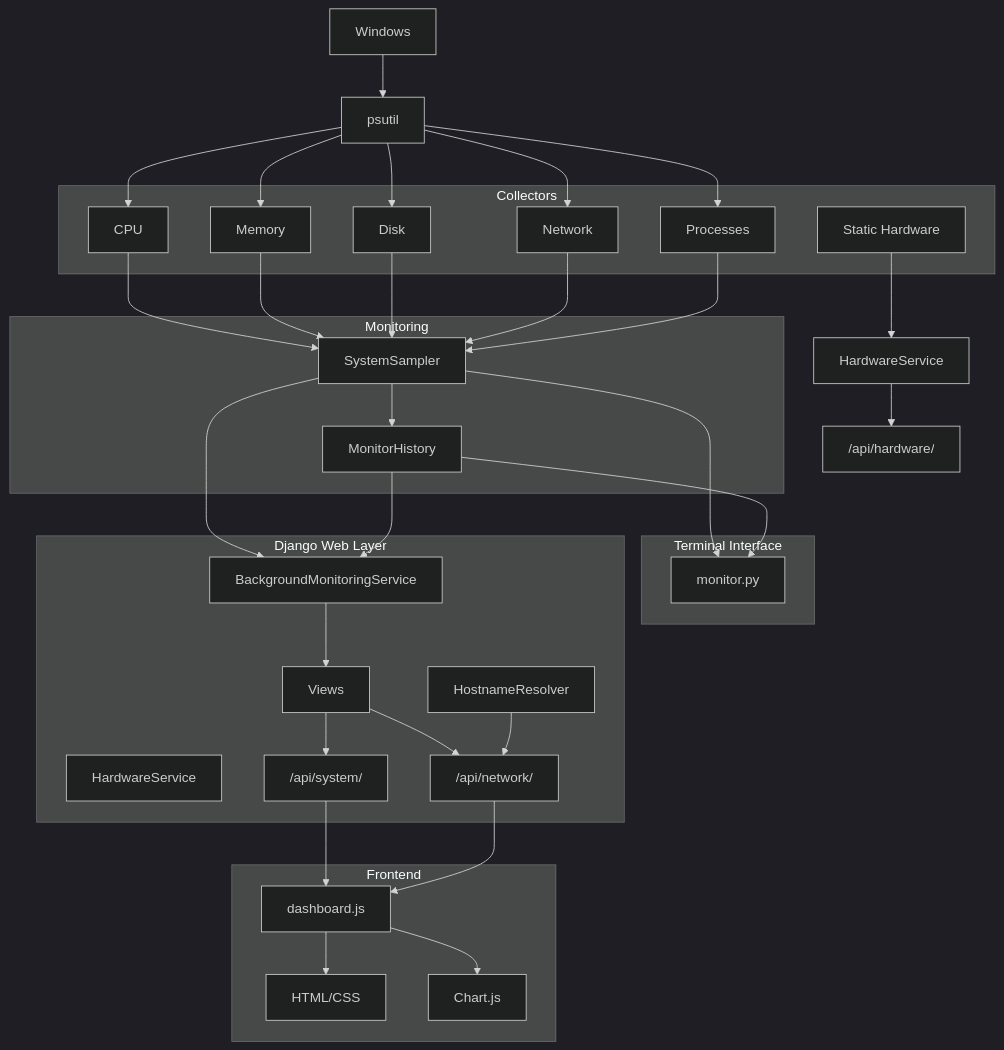
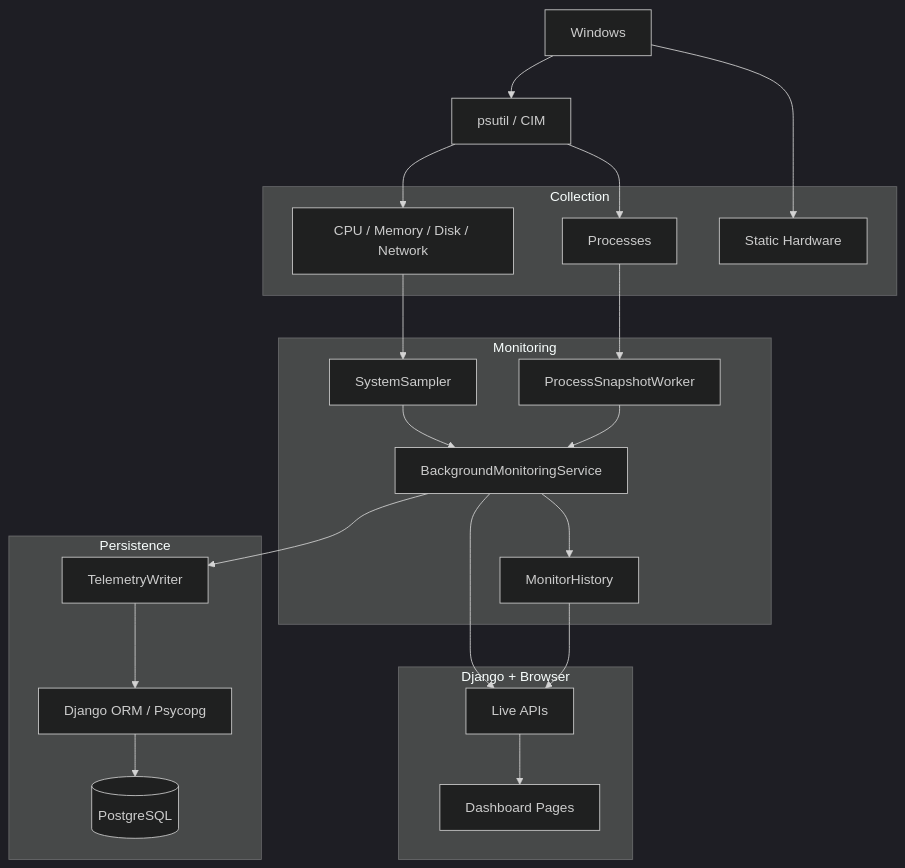
Before and after one commit to IronRon/Sys-Monitor: diagram 35 of 36 in docs/architecture.md, drawn with Mermaid (dark theme). The commit also changed other lines of this file and 21 other files, not shown here.

First line of the commit message:
feat: Refactor process monitoring and telemetry integration

````diff
--- a/docs/architecture.md
+++ b/docs/architecture.md
@@ -1879,74 +1979,48 @@
 ```mermaid
 flowchart TD
     WIN["Windows"]
+    PS["psutil / CIM"]
 
-    PS["psutil"]
-
-    subgraph Collectors["Collectors"]
-        CPU["CPU"]
-        RAM["Memory"]
-        DISK["Disk"]
-        NET["Network"]
+    subgraph Collection["Collection"]
+        FASTCOL["CPU / Memory / Disk / Network"]
         PROC["Processes"]
         HW["Static Hardware"]
     end
 
     subgraph Monitoring["Monitoring"]
         SAMPLER["SystemSampler"]
+        PWORKER["ProcessSnapshotWorker"]
+        SERVICE["BackgroundMonitoringService"]
         HISTORY["MonitorHistory"]
     end
 
-    subgraph Terminal["Terminal Interface"]
-        MONITOR["monitor.py"]
+    subgraph Persistence["Persistence"]
+        WRITER["TelemetryWriter"]
+        ORM["Django ORM / Psycopg"]
+        PG[(PostgreSQL)]
     end
 
-    subgraph Django["Django Web Layer"]
-        SERVICE["BackgroundMonitoringService"]
-        HSERVICE["HardwareService"]
-        VIEW["Views"]
-        API["/api/system/"]
-        NETAPI["/api/network/"]
-        DNS["HostnameResolver"]
-    end
-
-    subgraph Browser["Frontend"]
-        JS["dashboard.js"]
-        HTML["HTML/CSS"]
-        CHART["Chart.js"]
+    subgraph Web["Django + Browser"]
+        API["Live APIs"]
+        UI["Dashboard Pages"]
     end
 
     WIN --> PS
+    PS --> FASTCOL
+    PS --> PROC
+    WIN --> HW
 
-    PS --> CPU
-    PS --> RAM
-    PS --> DISK
-    PS --> NET
-    PS --> PROC
+    FASTCOL --> SAMPLER
+    PROC --> PWORKER
+    SAMPLER --> SERVICE
+    PWORKER --> SERVICE
+    SERVICE --> HISTORY
 
-    CPU --> SAMPLER
-    RAM --> SAMPLER
-    DISK --> SAMPLER
-    NET --> SAMPLER
-    PROC --> SAMPLER
+    SERVICE --> API
+    HISTORY --> API
+    API --> UI
 
-    HW --> HWSERVICE["HardwareService"]
-    HWSERVICE --> HWAPI["/api/hardware/"]
-
-    SAMPLER --> HISTORY
-
-    SAMPLER --> MONITOR
-    HISTORY --> MONITOR
-
-    SAMPLER --> SERVICE
-    HISTORY --> SERVICE
-
-    SERVICE --> VIEW
-    VIEW --> API
-    VIEW --> NETAPI
-    DNS --> NETAPI
-
-    API --> JS
-    NETAPI --> JS
-    JS --> HTML
-    JS --> CHART
+    SERVICE --> WRITER
+    WRITER --> ORM
+    ORM --> PG
 ```
````
